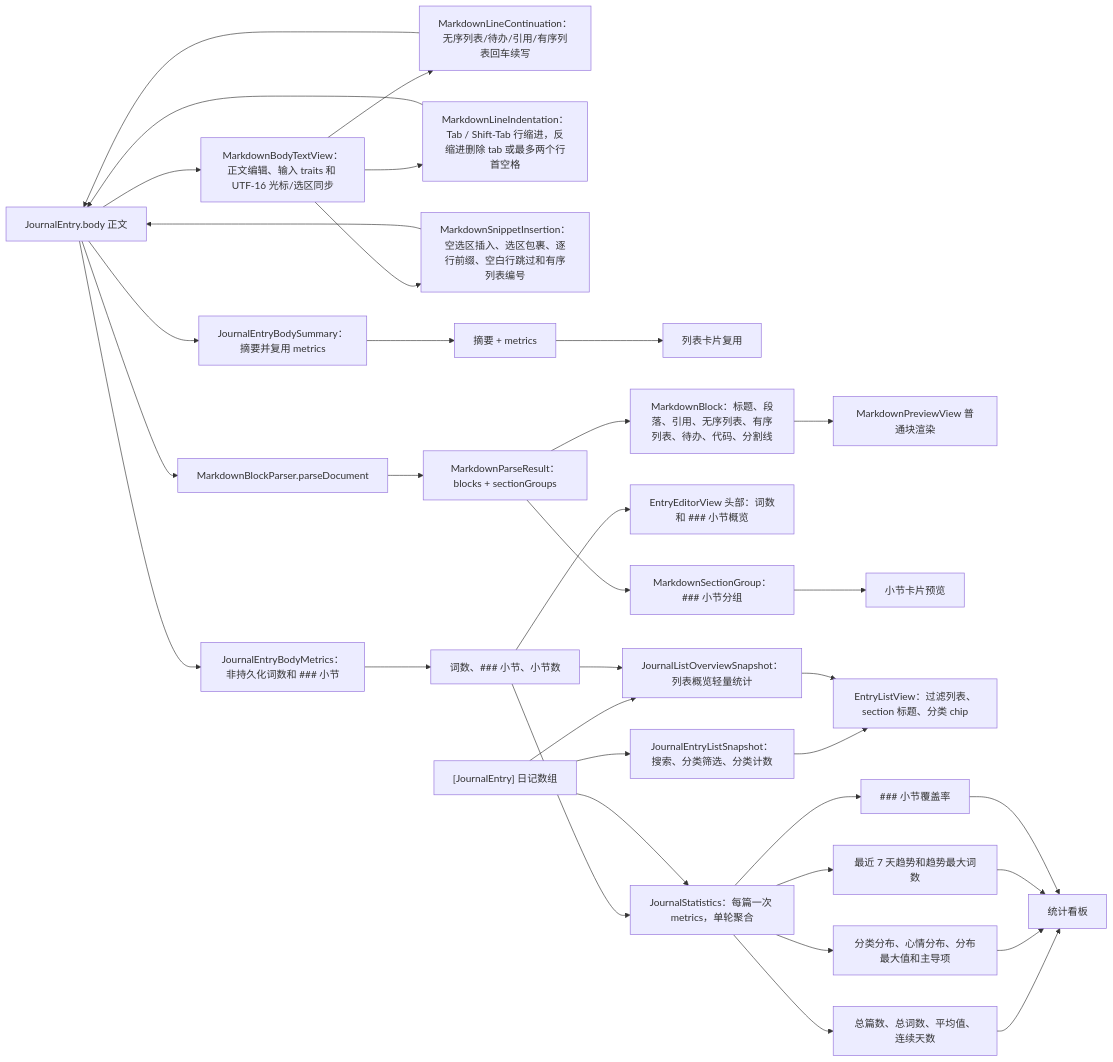
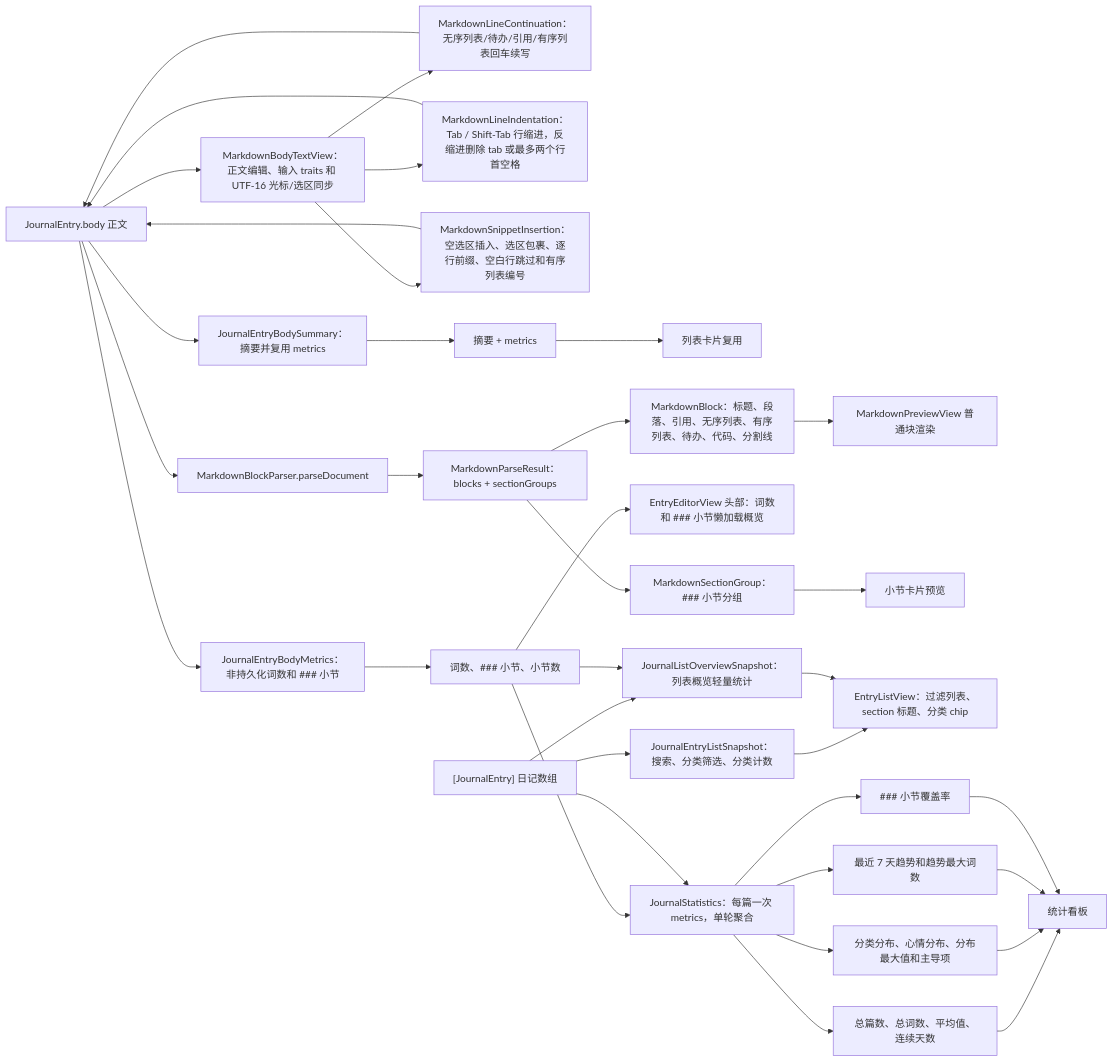
Before and after one commit to Altman-sam114/117: the fourth of 6 diagrams in md/flow/flowchart.md, drawn with Mermaid. The commit also changed other lines of this file and 7 other files, not shown here.

````diff
--- a/md/flow/flowchart.md
+++ b/md/flow/flowchart.md
@@ -121,37 +121,37 @@
 ```mermaid
 flowchart LR
   Body["JournalEntry.body 正文"] --> MetricsNode2["JournalEntryBodyMetrics：非持久化词数和 ### 小节"]
   Body --> Summary["JournalEntryBodySummary：摘要并复用 metrics"]
   Body --> BodyText["MarkdownBodyTextView：正文编辑、输入 traits 和 UTF-16 光标/选区同步"]
   BodyText --> ContinueRule["MarkdownLineContinuation：无序列表/待办/引用/有序列表回车续写"]
   ContinueRule --> Body
   BodyText --> IndentRule["MarkdownLineIndentation：Tab / Shift-Tab 行缩进，反缩进删除 tab 或最多两个行首空格"]
   IndentRule --> Body
   BodyText --> InsertRule["MarkdownSnippetInsertion：空选区插入、选区包裹、逐行前缀、空白行跳过和有序列表编号"]
   InsertRule --> Body
   MetricsNode2 --> MetricsData["词数、### 小节、小节数"]
   Summary --> Excerpt["摘要 + metrics"]
   Excerpt --> RowEditor["列表卡片复用"]
   MetricsData --> Statistics["JournalStatistics：每篇一次 metrics，单轮聚合"]
-  MetricsData --> EditorHeader["EntryEditorView 头部：词数和 ### 小节概览"]
+  MetricsData --> EditorHeader["EntryEditorView 头部：词数和 ### 小节懒加载概览"]
   Body --> Parse["MarkdownBlockParser.parseDocument"]
   Parse --> Result["MarkdownParseResult：blocks + sectionGroups"]
   Result --> Blocks["MarkdownBlock：标题、段落、引用、无序列表、有序列表、待办、代码、分割线"]
   Blocks --> Preview["MarkdownPreviewView 普通块渲染"]
   Result --> Sections["MarkdownSectionGroup：### 小节分组"]
   Sections --> SectionPreview["小节卡片预览"]
   Entries["[JournalEntry] 日记数组"] --> Statistics
   Entries --> ListSnapshot2["JournalEntryListSnapshot：搜索、分类筛选、分类计数"]
   ListSnapshot2 --> ListView["EntryListView：过滤列表、section 标题、分类 chip"]
   Entries --> ListOverview2["JournalListOverviewSnapshot：列表概览轻量统计"]
   MetricsData --> ListOverview2
   ListOverview2 --> ListView
   Statistics --> Metrics["总篇数、总词数、平均值、连续天数"]
   Statistics --> Distributions["分类分布、心情分布、分布最大值和主导项"]
   Statistics --> Trend["最近 7 天趋势和趋势最大词数"]
   Statistics --> Coverage["### 小节覆盖率"]
   Metrics --> Dashboard["统计看板"]
   Distributions --> Dashboard
   Trend --> Dashboard
   Coverage --> Dashboard
 ```
````
